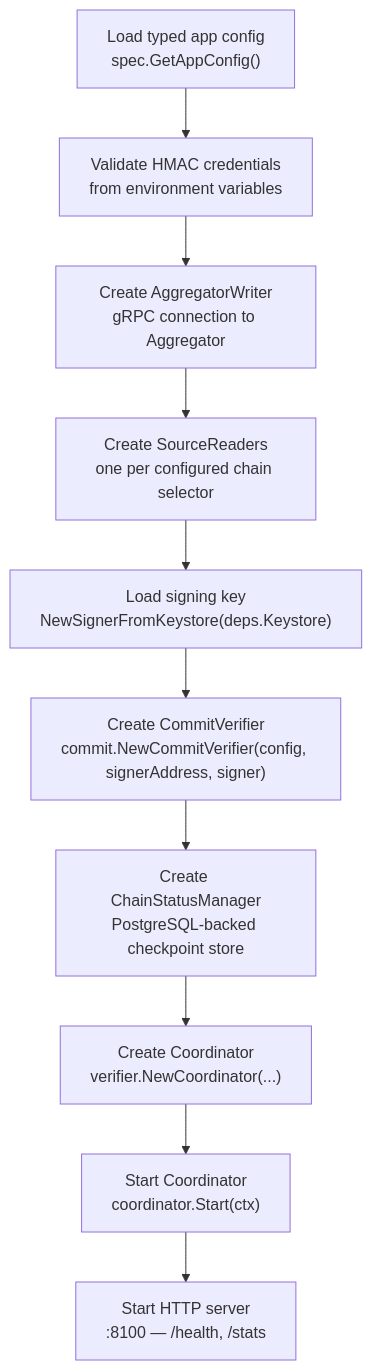
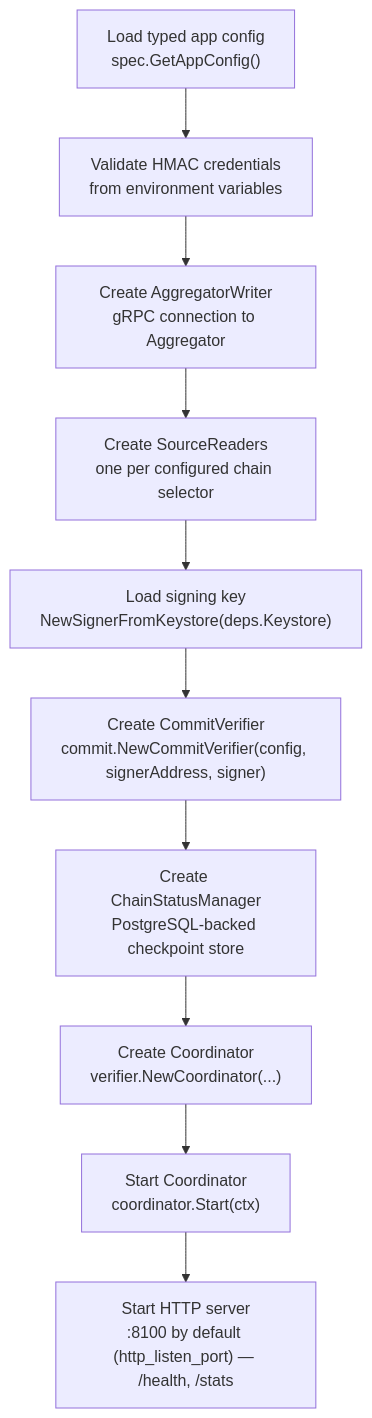
Before and after one commit to smartcontractkit/chainlink-ccv: the diagram in verifier/docs/committee_verifier.md, drawn with Mermaid. The commit also changed 18 other files, not shown here.

````diff
--- a/verifier/docs/committee_verifier.md
+++ b/verifier/docs/committee_verifier.md
@@ -36,14 +36,14 @@
 ```mermaid
 flowchart TB
     A["Load typed app config\nspec.GetAppConfig()"]
     B["Validate HMAC credentials\nfrom environment variables"]
     C["Create AggregatorWriter\ngRPC connection to Aggregator"]
     D["Create SourceReaders\none per configured chain selector"]
     E["Load signing key\nNewSignerFromKeystore(deps.Keystore)"]
     F["Create CommitVerifier\ncommit.NewCommitVerifier(config, signerAddress, signer)"]
     G["Create ChainStatusManager\nPostgreSQL-backed checkpoint store"]
     H["Create Coordinator\nverifier.NewCoordinator(...)"]
     I["Start Coordinator\ncoordinator.Start(ctx)"]
-    J["Start HTTP server\n:8100 — /health, /stats"]
+    J["Start HTTP server\n:8100 by default (http_listen_port) — /health, /stats"]
     A --> B --> C --> D --> E --> F --> G --> H --> I --> J
 ```
````
